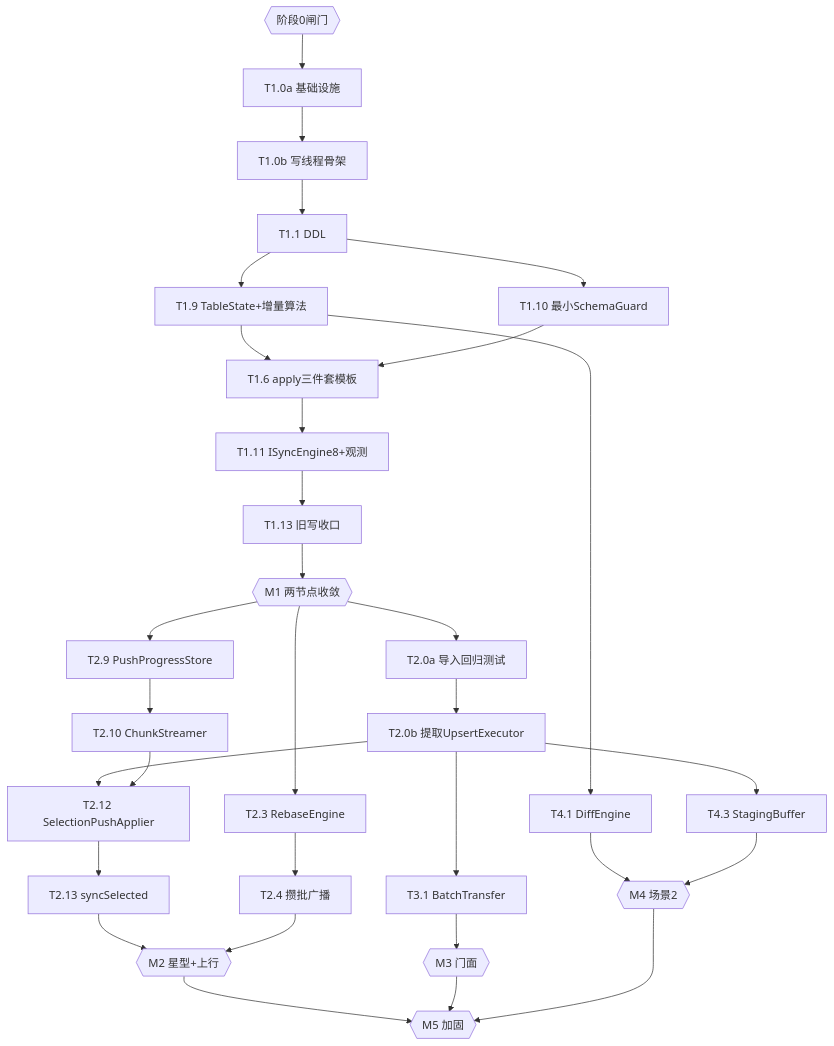
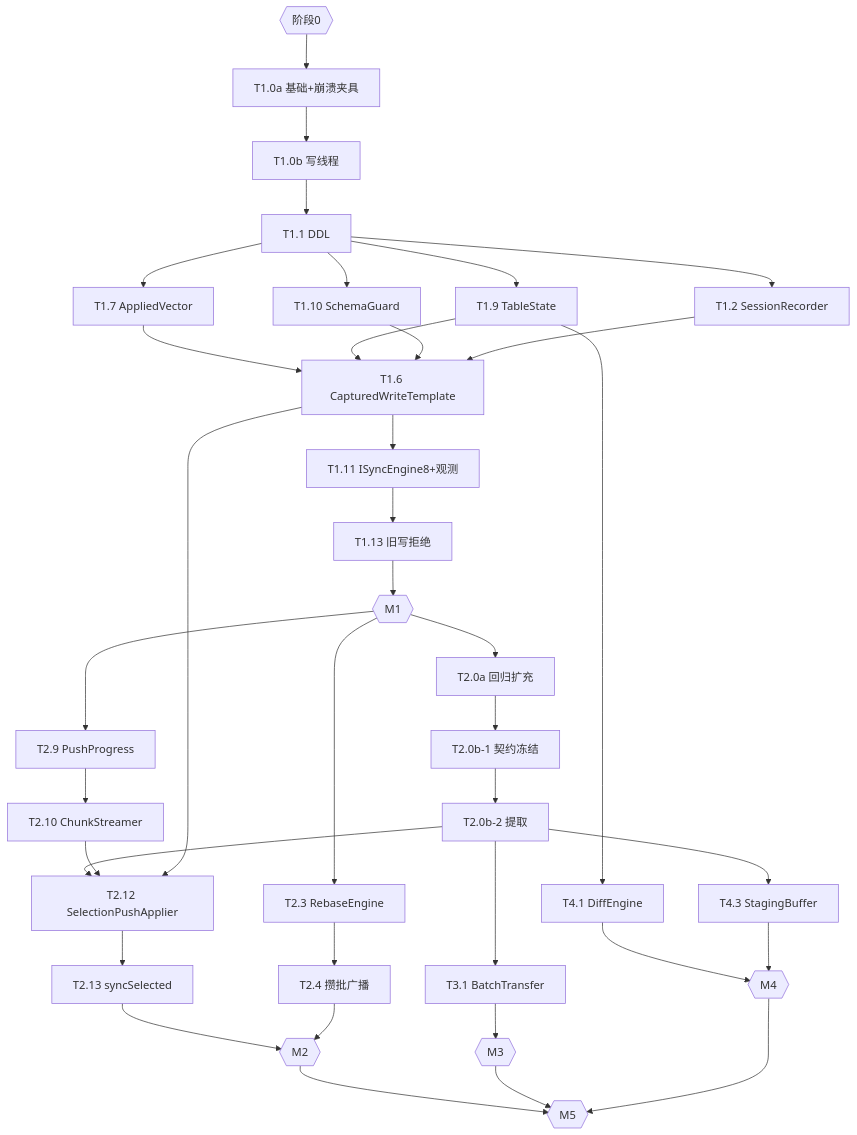
Before and after one commit to 055liufl/excelproject: the second of 2 diagrams in specs/SQLite-同步工具-plan.md, drawn with Mermaid. The commit also changed other lines of this file, not shown here.

````diff
--- a/specs/SQLite-同步工具-plan.md
+++ b/specs/SQLite-同步工具-plan.md
@@ -163,24 +170,27 @@
 ```mermaid
 graph TD
-    M0{{阶段0闸门}} --> T10a["T1.0a 基础设施"] --> T10b["T1.0b 写线程骨架"]
-    T10b --> T11["T1.1 DDL"]
-    T11 --> T19["T1.9 TableState+增量算法"]
-    T11 --> T110["T1.10 最小SchemaGuard"]
-    T19 --> T16["T1.6 apply三件套模板"]
+    M0{{阶段0}} --> T10a["T1.0a 基础+崩溃夹具"] --> T10b["T1.0b 写线程"] --> T11["T1.1 DDL"]
+    T11 --> T17["T1.7 AppliedVector"]
+    T11 --> T19["T1.9 TableState"]
+    T11 --> T110["T1.10 SchemaGuard"]
+    T11 --> T12["T1.2 SessionRecorder"]
+    T17 --> T16["T1.6 CapturedWriteTemplate"]
+    T19 --> T16
     T110 --> T16
-    T16 --> T111["T1.11 ISyncEngine8+观测"] --> T113["T1.13 旧写收口"]
-    T113 --> M1{{M1 两节点收敛}}
-    M1 --> T20a["T2.0a 导入回归测试"] --> T20b["T2.0b 提取UpsertExecutor"]
-    T20b --> T212["T2.12 SelectionPushApplier"]
-    M1 --> T29["T2.9 PushProgressStore"] --> T210["T2.10 ChunkStreamer"] --> T212
+    T12 --> T16
+    T16 --> T111["T1.11 ISyncEngine8+观测"] --> T113["T1.13 旧写拒绝"] --> M1{{M1}}
+    M1 --> T20a["T2.0a 回归扩充"] --> T20b1["T2.0b-1 契约冻结"] --> T20b2["T2.0b-2 提取"]
+    T20b2 --> T212["T2.12 SelectionPushApplier"]
+    M1 --> T29["T2.9 PushProgress"] --> T210["T2.10 ChunkStreamer"] --> T212
+    T16 --> T212
     T212 --> T213["T2.13 syncSelected"]
     M1 --> T23["T2.3 RebaseEngine"] --> T24["T2.4 攒批广播"]
-    T213 --> M2{{M2 星型+上行}}
+    T213 --> M2{{M2}}
     T24 --> M2
-    T20b --> T31["T3.1 BatchTransfer"] --> M3{{M3 门面}}
-    T19 --> T41["T4.1 DiffEngine"] --> M4{{M4 场景2}}
-    T20b --> T43["T4.3 StagingBuffer"] --> M4
-    M2 --> M5{{M5 加固}}
+    T20b2 --> T31["T3.1 BatchTransfer"] --> M3{{M3}}
+    T19 --> T41["T4.1 DiffEngine"] --> M4{{M4}}
+    T20b2 --> T43["T4.3 StagingBuffer"] --> M4
+    M2 --> M5{{M5}}
     M3 --> M5
     M4 --> M5
 ```
````
